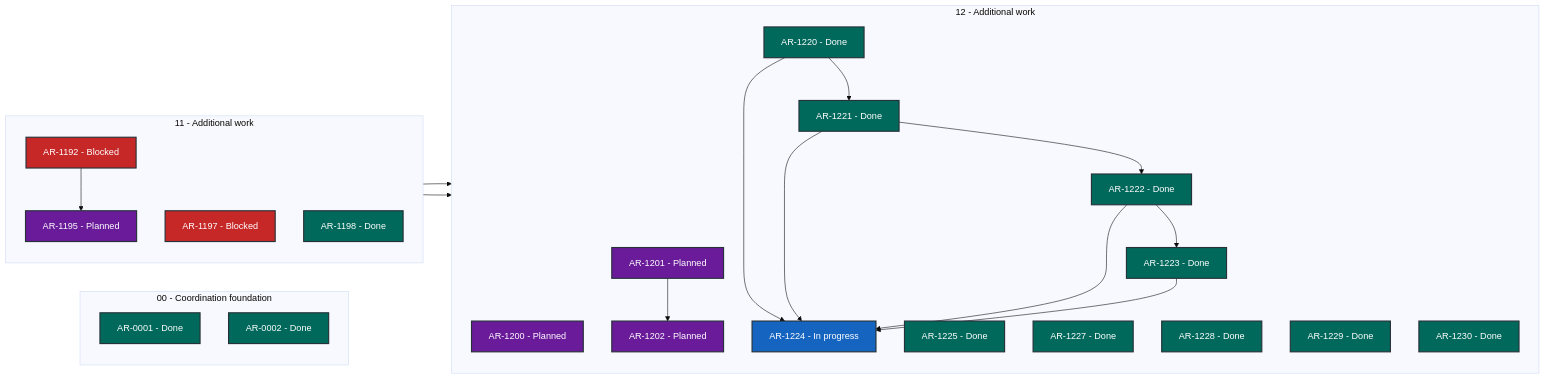
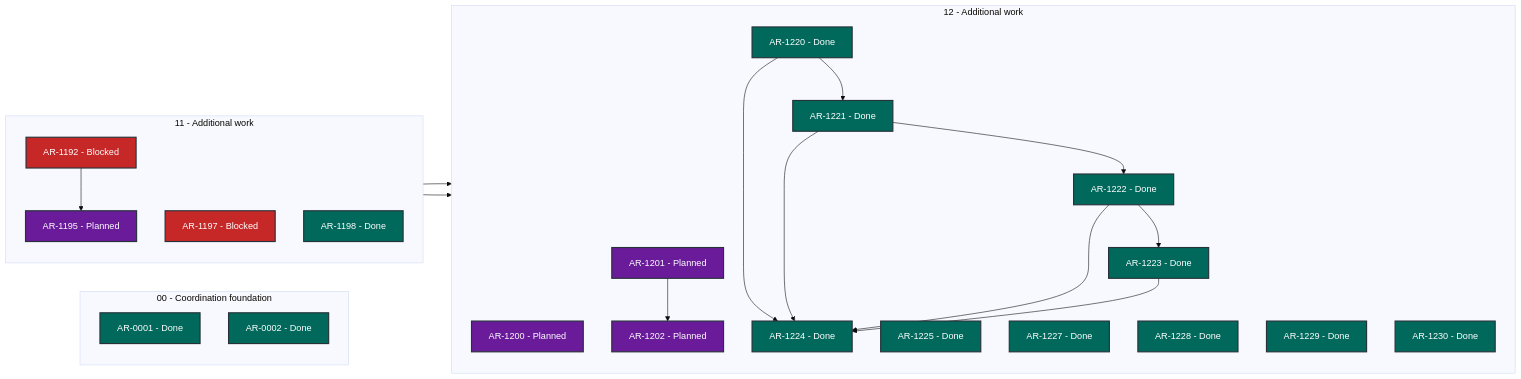
The diagram in STATUS.md (martin-beck/asb-tui-state), drawn with Mermaid (base theme) before and after one commit. The commit also changed other lines of this file and 2 other files, not shown here.

````diff
--- a/STATUS.md
+++ b/STATUS.md
@@ -27,50 +27,50 @@
 ```mermaid
 flowchart LR
     subgraph series_00["00 - Coordination foundation"]
         direction TB
         AR_0001["AR-0001 - Done"]:::status_done
         AR_0002["AR-0002 - Done"]:::status_done
     end
     subgraph series_11["11 - Additional work"]
         direction TB
         AR_1192["AR-1192 - Blocked"]:::status_blocked
         AR_1195["AR-1195 - Planned"]:::status_planned
         AR_1197["AR-1197 - Blocked"]:::status_blocked
         AR_1198["AR-1198 - Done"]:::status_done
     end
     subgraph series_12["12 - Additional work"]
         direction TB
         AR_1200["AR-1200 - Planned"]:::status_planned
         AR_1201["AR-1201 - Planned"]:::status_planned
         AR_1202["AR-1202 - Planned"]:::status_planned
         AR_1220["AR-1220 - Done"]:::status_done
         AR_1221["AR-1221 - Done"]:::status_done
         AR_1222["AR-1222 - Done"]:::status_done
         AR_1223["AR-1223 - Done"]:::status_done
-        AR_1224["AR-1224 - In progress"]:::status_in_progress
+        AR_1224["AR-1224 - Done"]:::status_done
         AR_1225["AR-1225 - Done"]:::status_done
         AR_1227["AR-1227 - Done"]:::status_done
         AR_1228["AR-1228 - Done"]:::status_done
         AR_1229["AR-1229 - Done"]:::status_done
         AR_1230["AR-1230 - Done"]:::status_done
     end
     AR_1192 --> AR_1195
     AR_1195 --> AR_1200
     AR_1197 --> AR_1201
     AR_1201 --> AR_1202
     AR_1220 --> AR_1221
     AR_1220 --> AR_1224
     AR_1221 --> AR_1222
     AR_1221 --> AR_1224
     AR_1222 --> AR_1223
     AR_1222 --> AR_1224
     AR_1223 --> AR_1224
     classDef status_in_progress fill:#1565c0,color:#ffffff,stroke:#263238,stroke-width:2px
     classDef status_open fill:#2e7d32,color:#ffffff,stroke:#263238,stroke-width:2px
     classDef status_blocked fill:#c62828,color:#ffffff,stroke:#263238,stroke-width:2px
     classDef status_planned fill:#6a1b9a,color:#ffffff,stroke:#263238,stroke-width:2px
     classDef status_future fill:#455a64,color:#ffffff,stroke:#263238,stroke-width:2px
     classDef status_done fill:#00695c,color:#ffffff,stroke:#263238,stroke-width:2px
     classDef status_cancelled fill:#616161,color:#ffffff,stroke:#263238,stroke-width:2px
     classDef status_superseded fill:#5d4037,color:#ffffff,stroke:#263238,stroke-width:2px
 ```
````
